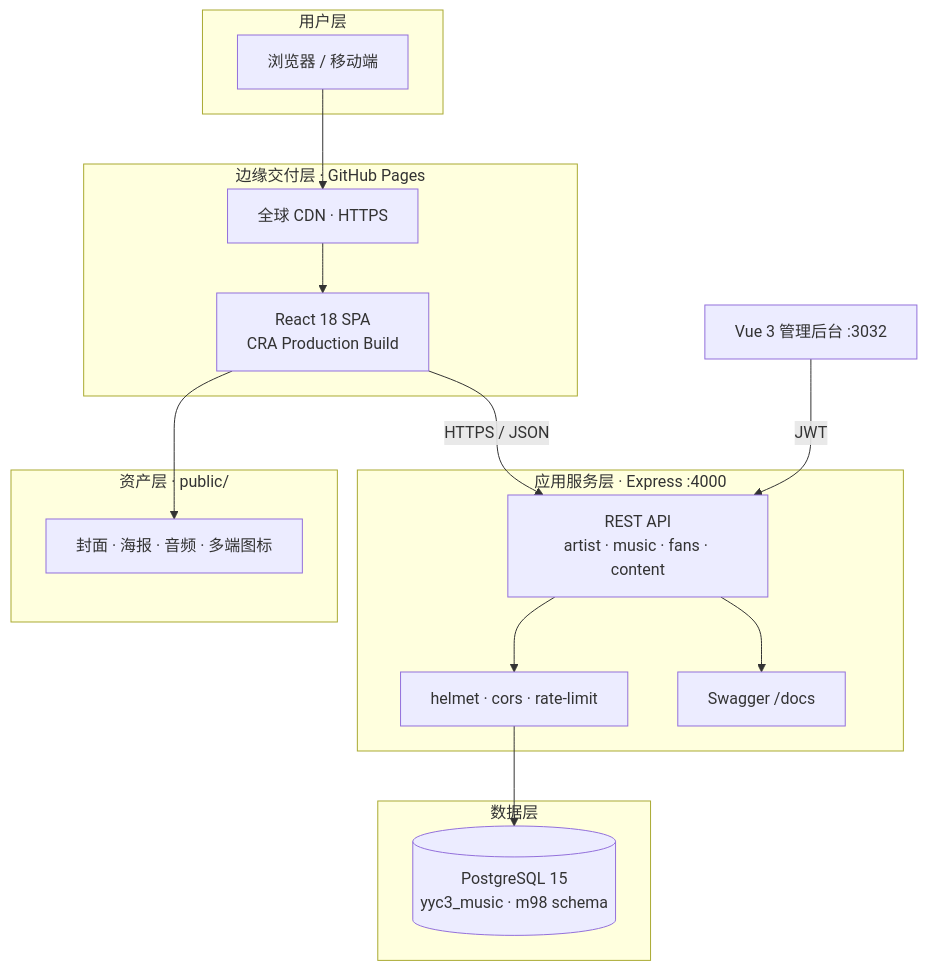
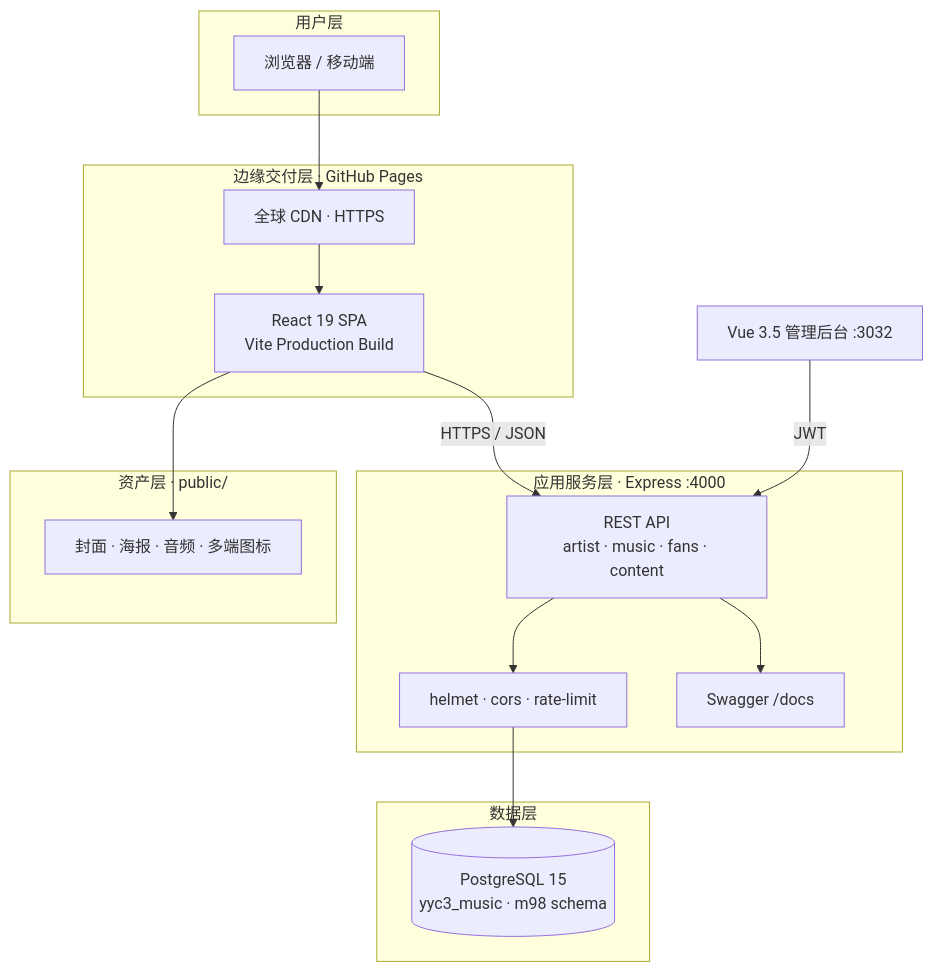
Before and after one commit to YYC-Cube/YYC3-Dong-MusAI: the first of 3 diagrams in README.md, drawn with Mermaid. The commit also changed other lines of this file and 47 other files, not shown here.

First line of the commit message:
feat(ui): 全局响应式重构并升级 Vite 8 / React 19 技术栈

````diff
--- a/README.md
+++ b/README.md
@@ -127,34 +128,34 @@
 ```mermaid
 flowchart TB
   subgraph U["用户层"]
     BROWSER["浏览器 / 移动端"]
   end
 
   subgraph E["边缘交付层 · GitHub Pages"]
     CDN["全球 CDN · HTTPS"]
-    SPA["React 18 SPA<br/>CRA Production Build"]
+    SPA["React 19 SPA<br/>Vite Production Build"]
   end
 
   subgraph A["应用服务层 · Express :4000"]
     ROUTES["REST API<br/>artist · music · fans · content"]
     GUARD["helmet · cors · rate-limit"]
     SWAGGER["Swagger /docs"]
   end
 
   subgraph D["数据层"]
     PG[("PostgreSQL 15<br/>yyc3_music · m98 schema")]
   end
 
   subgraph S["资产层 · public/"]
     ASSETS["封面 · 海报 · 音频 · 多端图标"]
   end
 
-  ADMIN["Vue 3 管理后台 :3032"]
+  ADMIN["Vue 3.5 管理后台 :3032"]
 
   BROWSER --> CDN --> SPA
   SPA -->|"HTTPS / JSON"| ROUTES
   SPA --> ASSETS
   ADMIN -->|"JWT"| ROUTES
   ROUTES --> GUARD --> PG
   ROUTES --> SWAGGER
 ```
````
